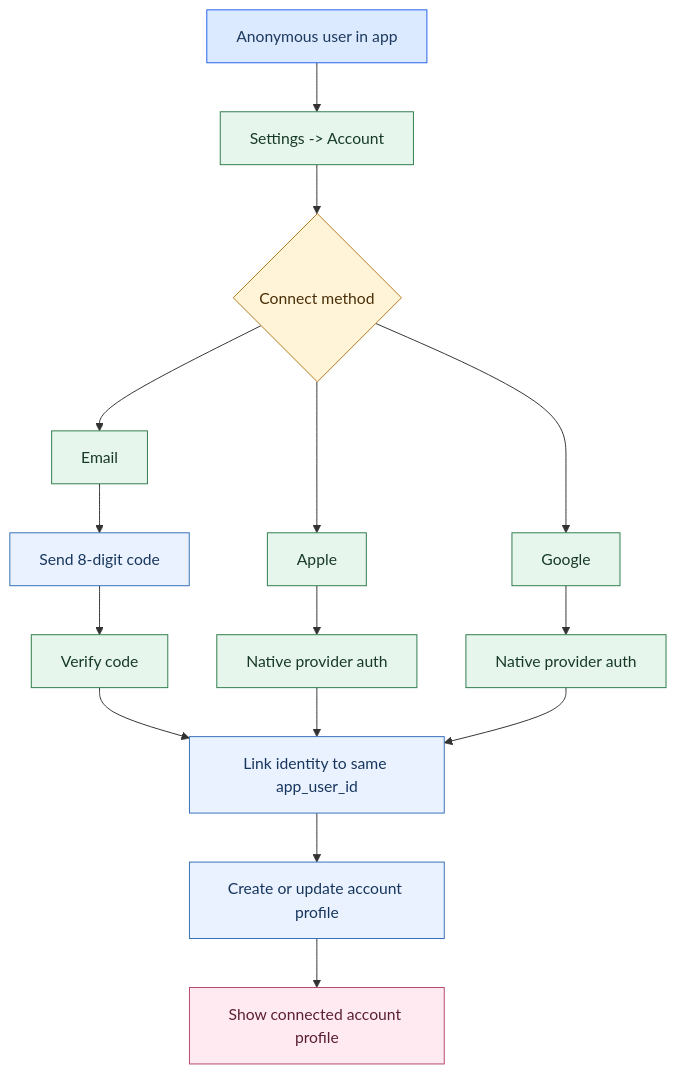
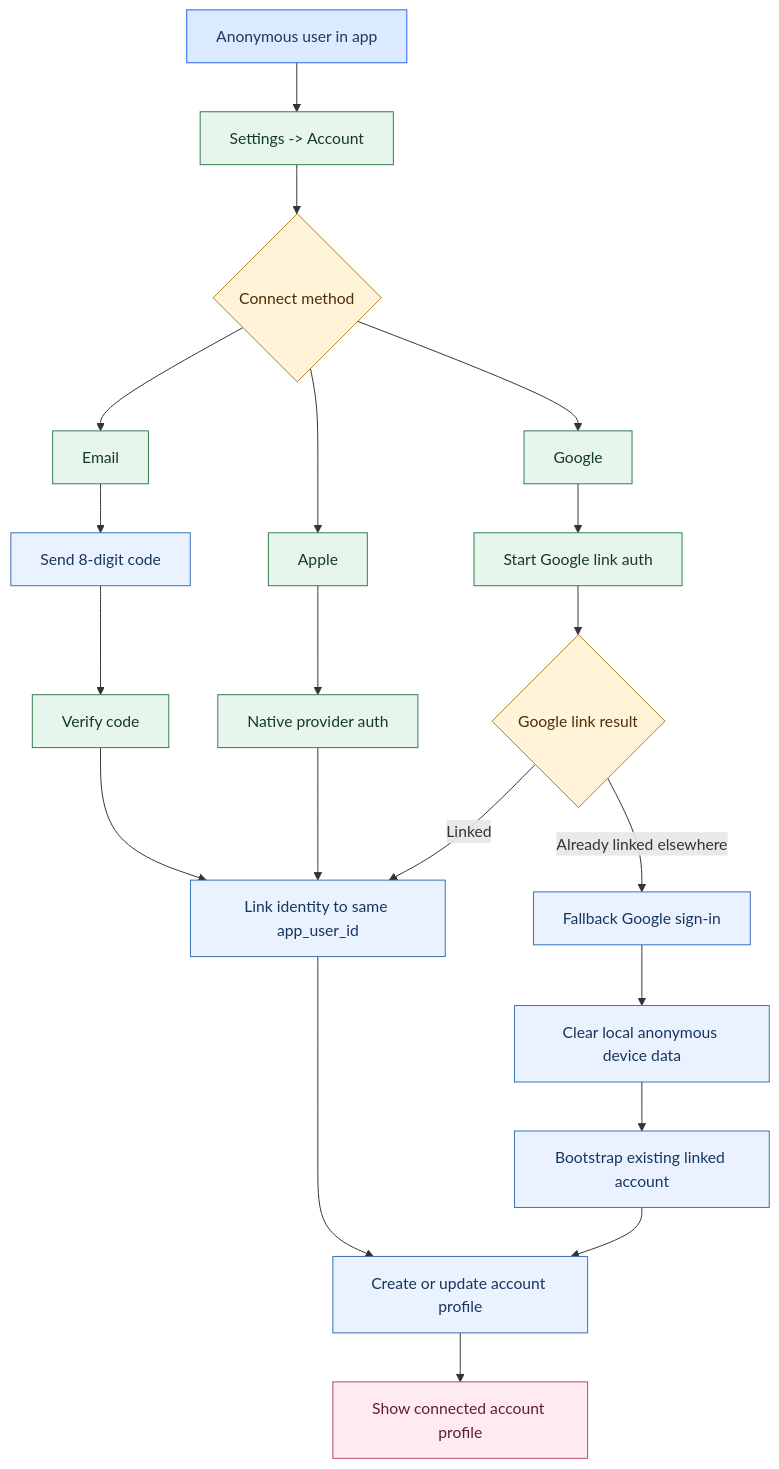
One commit to asymfermion/tailo-monolith changed the third of 7 diagrams in docs/architecture/authentication-and-account-flows.md. Above: the diagram before and after it, drawn with Mermaid. The commit also changed other lines of this file and 113 other files, not shown here.

````diff
--- a/docs/architecture/authentication-and-account-flows.md
+++ b/docs/architecture/authentication-and-account-flows.md
@@ -250,29 +257,34 @@
 ```mermaid
 flowchart TD
   A[Anonymous user in app] --> B[Settings -> Account]
   B --> C{Connect method}
   C --> D[Email]
   C --> E[Apple]
   C --> F[Google]
   D --> G[Send 8-digit code]
   G --> H[Verify code]
   E --> I[Native provider auth]
-  F --> J[Native provider auth]
+  F --> J[Start Google link auth]
   H --> K[Link identity to same app_user_id]
   I --> K
-  J --> K
+  J --> J1{Google link result}
+  J1 -->|Linked| K
+  J1 -->|Already linked elsewhere| J2[Fallback Google sign-in]
+  J2 --> J3[Clear local anonymous device data]
+  J3 --> J4[Bootstrap existing linked account]
+  J4 --> L
   K --> L[Create or update account profile]
   L --> M[Show connected account profile]
 
   classDef userAction fill:#e7f6ed,stroke:#2f7d4c,color:#173a27,stroke-width:1px
   classDef appAction fill:#eaf2ff,stroke:#3570b7,color:#17365d,stroke-width:1px
   classDef decision fill:#fff3d8,stroke:#b7791f,color:#4a2f08,stroke-width:1px
   classDef anonymousAccount fill:#dbeafe,stroke:#2563eb,color:#1e3a5f,stroke-width:1px
   classDef linkedAccount fill:#ffeaf1,stroke:#b6476b,color:#5b1f34,stroke-width:1px
 
   class A anonymousAccount
   class B,D,E,F,H,I,J userAction
-  class G,K,L appAction
-  class C decision
+  class G,K,L,J2,J3,J4 appAction
+  class C,J1 decision
   class M linkedAccount
 ```
````
